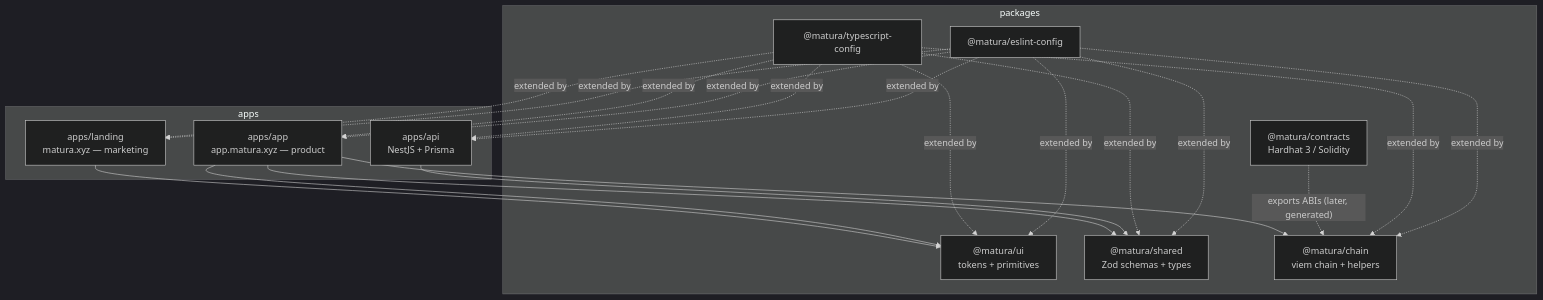
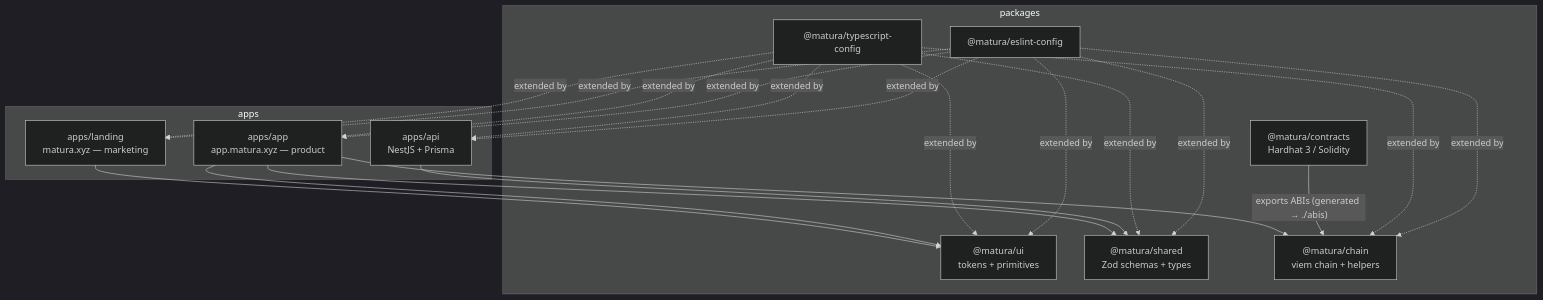
One commit to matura-finance/matura-finance changed the first of 2 diagrams in docs/architecture.md. Above: the diagram before and after it, drawn with Mermaid (dark theme). The commit also changed other lines of this file and 1 other file, not shown here.

````diff
--- a/docs/architecture.md
+++ b/docs/architecture.md
@@ -9,26 +9,26 @@
 ```mermaid
 flowchart TD
   subgraph apps
     L["apps/landing<br/>matura.xyz — marketing"]
     A["apps/app<br/>app.matura.xyz — product"]
     API["apps/api<br/>NestJS + Prisma"]
   end
   subgraph packages
     UI["@matura/ui<br/>tokens + primitives"]
     SH["@matura/shared<br/>Zod schemas + types"]
     CH["@matura/chain<br/>viem chain + helpers"]
     C["@matura/contracts<br/>Hardhat 3 / Solidity"]
     TSC["@matura/typescript-config"]
     ESL["@matura/eslint-config"]
   end
 
   L --> UI
   A --> UI
   A --> CH
   A --> SH
   API --> SH
-  C -. "exports ABIs (later, generated)" .-> CH
+  C -- "exports ABIs (generated → ./abis)" --> CH
 
   TSC -. extended by .-> L & A & API & UI & SH & CH
   ESL -. extended by .-> L & A & API & UI & SH & CH
 ```
````
